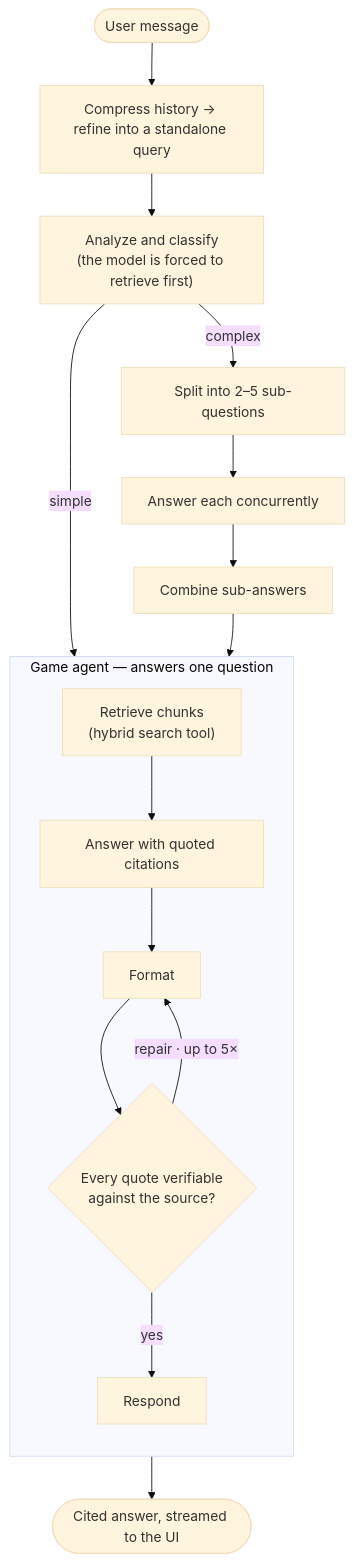
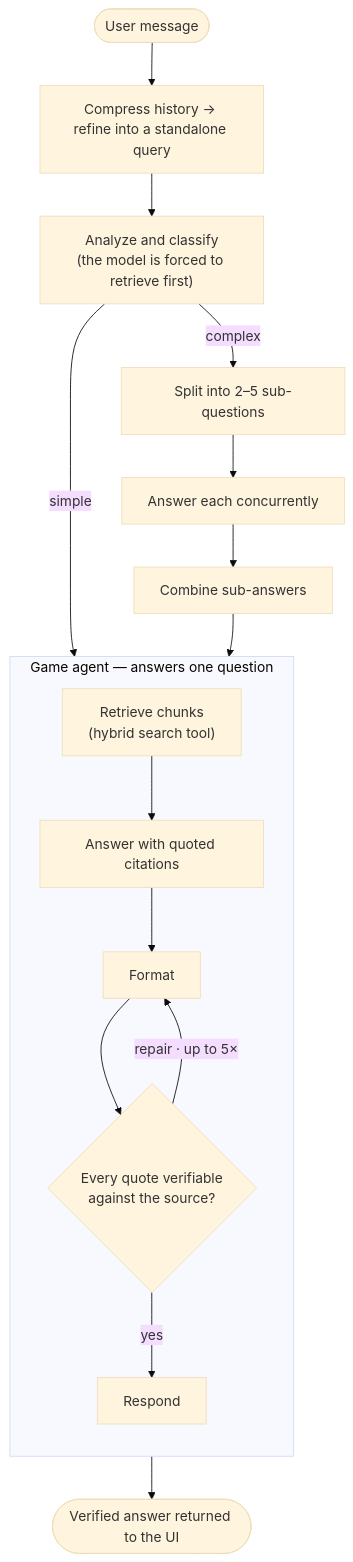
The second of 5 diagrams in README.md (johntrimble/meeplemate), drawn with Mermaid (base theme) before and after one commit. The commit also changed other lines of this file and 7 other files, not shown here.

````diff
--- a/README.md
+++ b/README.md
@@ -118,21 +118,21 @@
 ```mermaid
 flowchart TD
     Q(["User message"]) --> RF["Compress history → refine into a standalone query"]
     RF --> AN["Analyze and classify<br/>(the model is forced to retrieve first)"]
     AN -->|"complex"| DEC["Split into 2–5 sub-questions"]
     DEC --> PAR["Answer each concurrently"]
     PAR --> CM["Combine sub-answers"]
     AN -->|"simple"| GA
     CM --> GA
 
     subgraph GA["Game agent — answers one question"]
         direction TB
         g1["Retrieve chunks<br/>(hybrid search tool)"] --> g2["Answer with quoted citations"]
         g2 --> g3["Format"]
         g3 --> g4{"Every quote verifiable<br/>against the source?"}
         g4 -->|"repair · up to 5×"| g3
         g4 -->|"yes"| g5["Respond"]
     end
 
-    GA --> OUT(["Cited answer, streamed to the UI"])
+    GA --> OUT(["Verified answer returned to the UI"])
 ```
````
